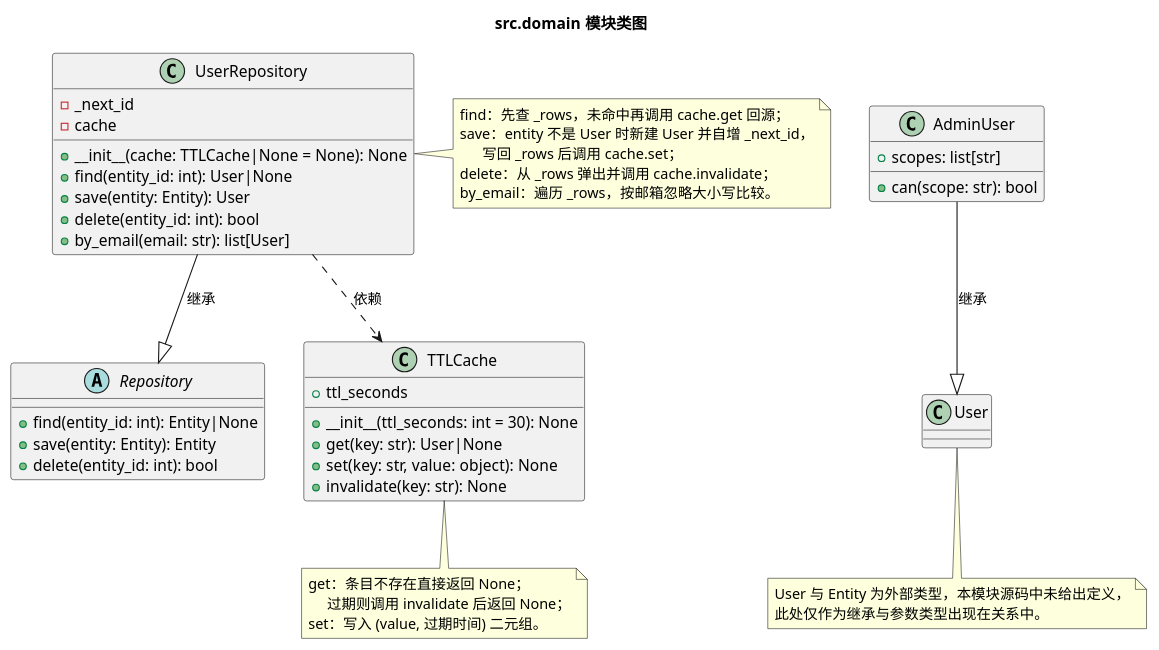
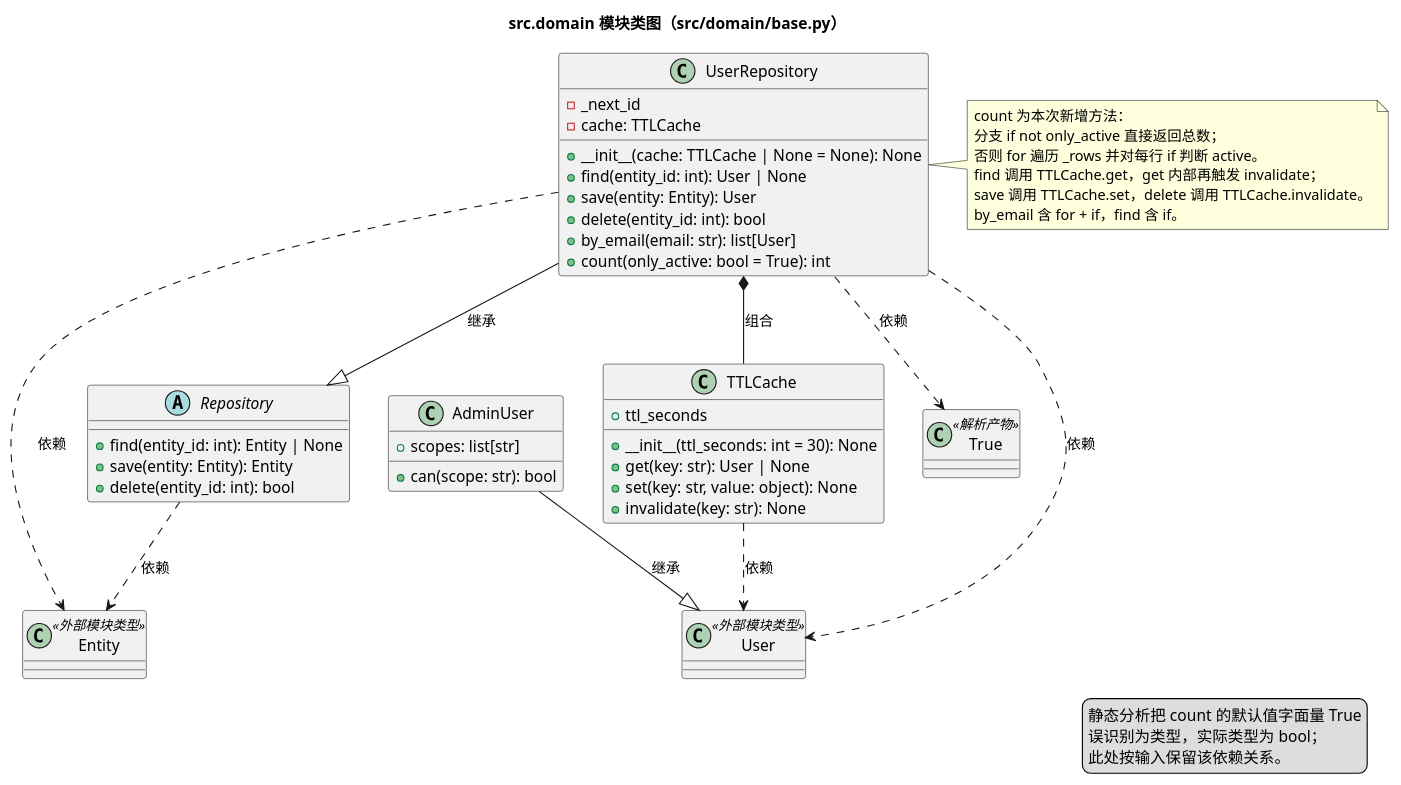
One commit to aaa10001/Test_LivingDOc changed the diagram in docs/livingdoc/class_diagram/module-src.domain.md. Above: the diagram before and after it, drawn with PlantUML. The commit also changed 9 other files, not shown here.

```diff
--- a/docs/livingdoc/class_diagram/module-src.domain.md
+++ b/docs/livingdoc/class_diagram/module-src.domain.md
@@ -1,57 +1,61 @@
 @startuml
-title src.domain 模块类图
-
-class User
+title src.domain 模块类图（src/domain/base.py）
 
 abstract class Repository {
-  +find(entity_id: int): Entity|None
+  +find(entity_id: int): Entity | None
   +save(entity: Entity): Entity
   +delete(entity_id: int): bool
 }
 
 class AdminUser {
   +scopes: list[str]
   +can(scope: str): bool
 }
 
 class TTLCache {
   +ttl_seconds
   +__init__(ttl_seconds: int = 30): None
-  +get(key: str): User|None
+  +get(key: str): User | None
   +set(key: str, value: object): None
   +invalidate(key: str): None
 }
 
 class UserRepository {
   -_next_id
-  -cache
-  +__init__(cache: TTLCache|None = None): None
-  +find(entity_id: int): User|None
+  -cache: TTLCache
+  +__init__(cache: TTLCache | None = None): None
+  +find(entity_id: int): User | None
   +save(entity: Entity): User
   +delete(entity_id: int): bool
   +by_email(email: str): list[User]
+  +count(only_active: bool = True): int
 }
+
+class User <<外部模块类型>>
+class Entity <<外部模块类型>>
+class True <<解析产物>>
 
 AdminUser --|> User : 继承
 UserRepository --|> Repository : 继承
-UserRepository ..> TTLCache : 依赖
+UserRepository *-- TTLCache : 组合
+Repository ..> Entity : 依赖
+UserRepository ..> User : 依赖
+UserRepository ..> Entity : 依赖
+UserRepository ..> True : 依赖
+TTLCache ..> User : 依赖
 
 note right of UserRepository
-  find：先查 _rows，未命中再调用 cache.get 回源；
-  save：entity 不是 User 时新建 User 并自增 _next_id，
-        写回 _rows 后调用 cache.set；
-  delete：从 _rows 弹出并调用 cache.invalidate；
-  by_email：遍历 _rows，按邮箱忽略大小写比较。
+  count 为本次新增方法：
+  分支 if not only_active 直接返回总数；
+  否则 for 遍历 _rows 并对每行 if 判断 active。
+  find 调用 TTLCache.get，get 内部再触发 invalidate；
+  save 调用 TTLCache.set，delete 调用 TTLCache.invalidate。
+  by_email 含 for + if，find 含 if。
 end note
 
-note bottom of TTLCache
-  get：条目不存在直接返回 None；
-       过期则调用 invalidate 后返回 None；
-  set：写入 (value, 过期时间) 二元组。
-end note
-
-note bottom of User
-  User 与 Entity 为外部类型，本模块源码中未给出定义，
-  此处仅作为继承与参数类型出现在关系中。
-end note
+legend right
+  静态分析把 count 的默认值字面量 True
+  误识别为类型，实际类型为 bool；
+  此处按输入保留该依赖关系。
+end legend
 @enduml
```
